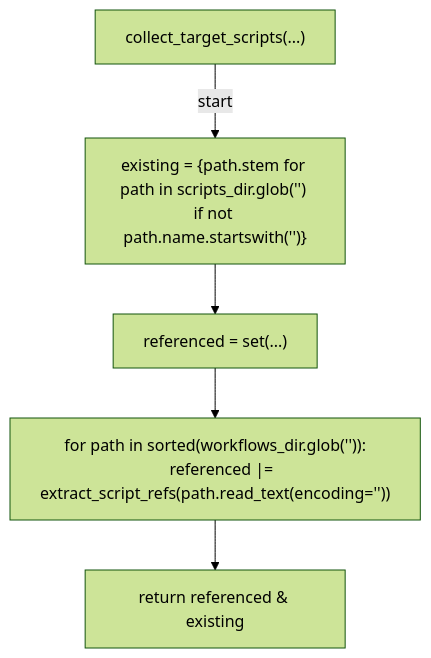
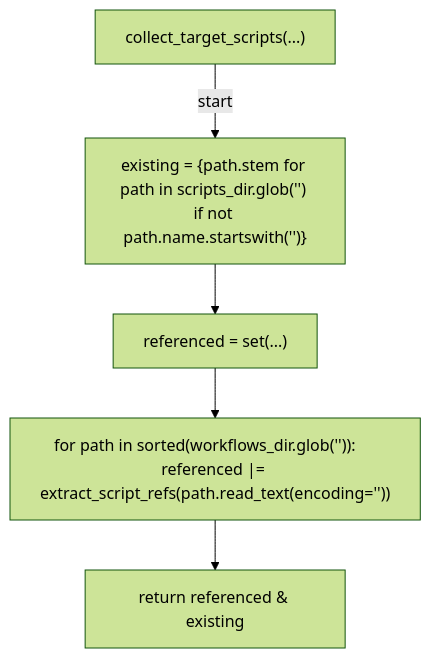
The third of 6 diagrams in docs/generated/scripts/ast/scan_input_contract_drift.md (tvna/claude-md), drawn with Mermaid (forest theme) before and after one commit. The commit also changed other lines of this file and 29 other files, not shown here.

First line of the commit message:
docs(generated): regenerate decision tree and workflow diagrams (batch 3/5)

````diff
--- a/docs/generated/scripts/ast/scan_input_contract_drift.md
+++ b/docs/generated/scripts/ast/scan_input_contract_drift.md
@@ -66,13 +66,12 @@
 ```mermaid
 flowchart TD
     N001["collect_target_scripts(...)"]
     N002["existing = {path.stem for path in scripts_dir.glob('<str>') if not path.name.startswith('<str>')}"]
     N003["referenced = set(...)"]
-    N004["for path in sorted(workflows_dir.glob('<str>')):
-    referenced |= extract_script_refs(path.read_text(encoding='<str>'))"]
+    N004["for path in sorted(workflows_dir.glob('<str>')):     referenced |= extract_script_refs(path.read_text(encoding='<str>'))"]
     N005["return referenced & existing"]
     N001 -->|"start"| N002
     N002 --> N003
     N003 --> N004
     N004 --> N005
 ```
````
